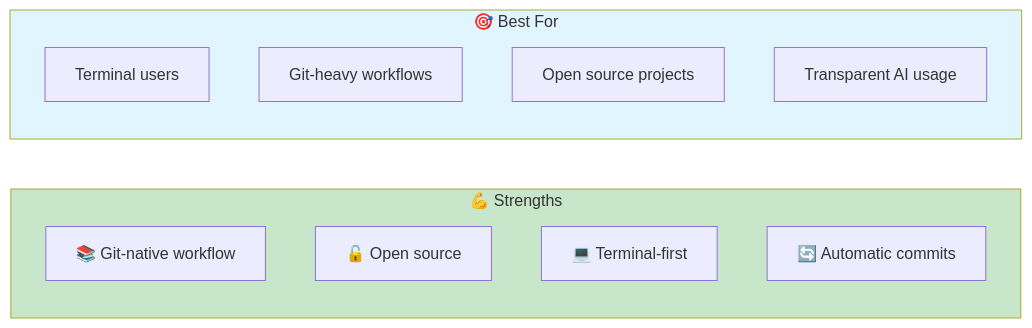
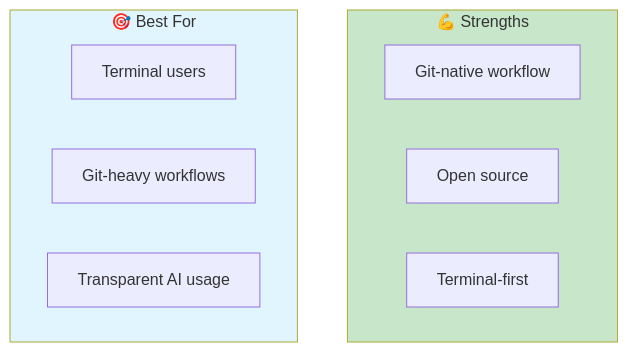
The first of 5 diagrams in website/content/papers/ai-dlc-2026/runbooks/tooling/aider.md (TheBushidoCollective/han), drawn with Mermaid before and after one commit. The commit also changed other lines of this file and 21 other files, not shown here.

First line of the commit message:
fix(website): convert all AI-DLC runbook Mermaid diagrams to TB layout

````diff
--- a/website/content/papers/ai-dlc-2026/runbooks/tooling/aider.md
+++ b/website/content/papers/ai-dlc-2026/runbooks/tooling/aider.md
@@ -9,21 +9,17 @@
 ```mermaid
-flowchart LR
+flowchart TB
     subgraph Strengths["💪 Strengths"]
-        direction TB
-        S1[📚 Git-native workflow]
-        S2[🔓 Open source]
-        S3[💻 Terminal-first]
-        S4[🔄 Automatic commits]
+        S1[Git-native workflow]
+        S2[Open source]
+        S3[Terminal-first]
     end
 
     subgraph BestFor["🎯 Best For"]
-        direction TB
         B1[Terminal users]
         B2[Git-heavy workflows]
-        B3[Open source projects]
-        B4[Transparent AI usage]
+        B3[Transparent AI usage]
     end
 
     style Strengths fill:#c8e6c9
     style BestFor fill:#e1f5fe
 ```
````
